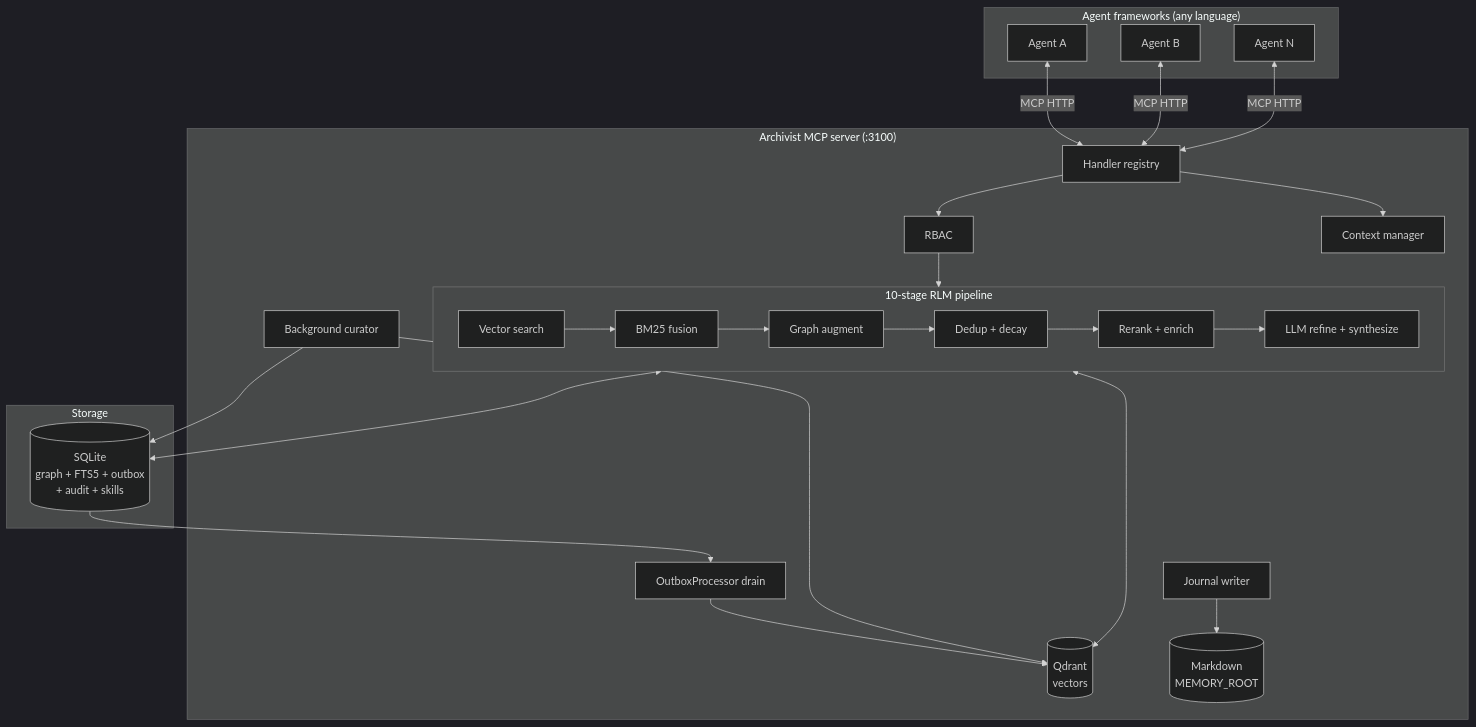
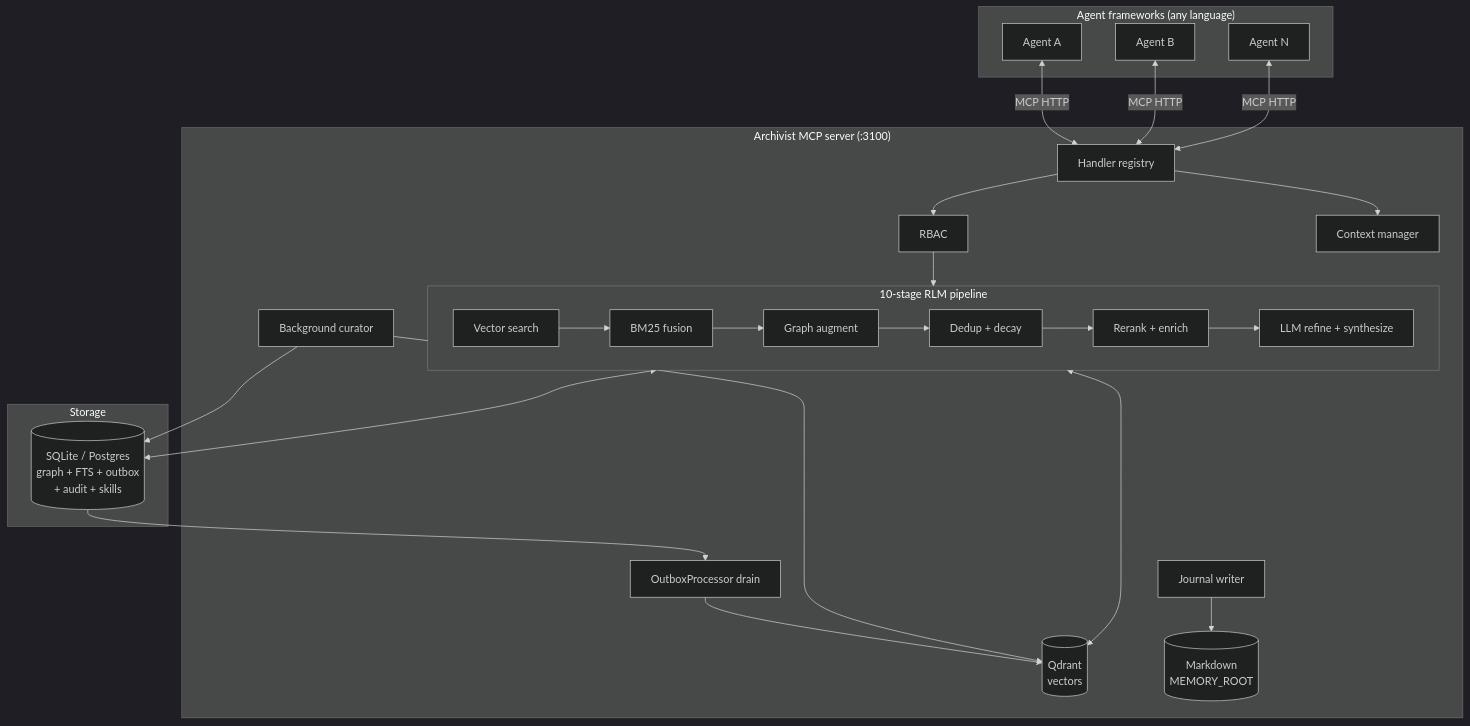
The first of 2 diagrams in README.md (NetworkBuild3r/archivist-oss), drawn with Mermaid (dark theme) before and after one commit. The commit also changed other lines of this file and 68 other files, not shown here.

````diff
--- a/README.md
+++ b/README.md
@@ -466,47 +604,47 @@
 ```mermaid
 graph TB
     subgraph Clients ["Agent frameworks (any language)"]
         A1["Agent A"]
         A2["Agent B"]
         A3["Agent N"]
     end
 
     subgraph Archivist ["Archivist MCP server (:3100)"]
         Router["Handler registry"]
         RBAC["RBAC"]
 
         subgraph Pipeline ["10-stage RLM pipeline"]
             S1["Vector search"]
             S2["BM25 fusion"]
             S3["Graph augment"]
             S4["Dedup + decay"]
             S5["Rerank + enrich"]
             S6["LLM refine + synthesize"]
             S1 --> S2 --> S3 --> S4 --> S5 --> S6
         end
 
         Curator["Background curator"]
         Context["Context manager"]
         OBLoop["OutboxProcessor drain"]
         Journal["Journal writer"]
 
         Router --> RBAC
         RBAC --> Pipeline
         Router --> Context
         OBLoop --> Qdrant
         Journal --> Files
     end
 
     subgraph Storage ["Storage"]
         Qdrant[("Qdrant\nvectors")]
-        SQLite[("SQLite\ngraph + FTS5 + outbox\n+ audit + skills")]
+        SQLite[("SQLite / Postgres\ngraph + FTS + outbox\n+ audit + skills")]
         Files[("Markdown\nMEMORY_ROOT")]
     end
 
     A1 & A2 & A3 <-->|"MCP HTTP"| Router
     Pipeline <--> Qdrant
     Pipeline <--> SQLite
     Curator --> SQLite
     Curator --> Qdrant
     SQLite --> OBLoop
 ```
````
